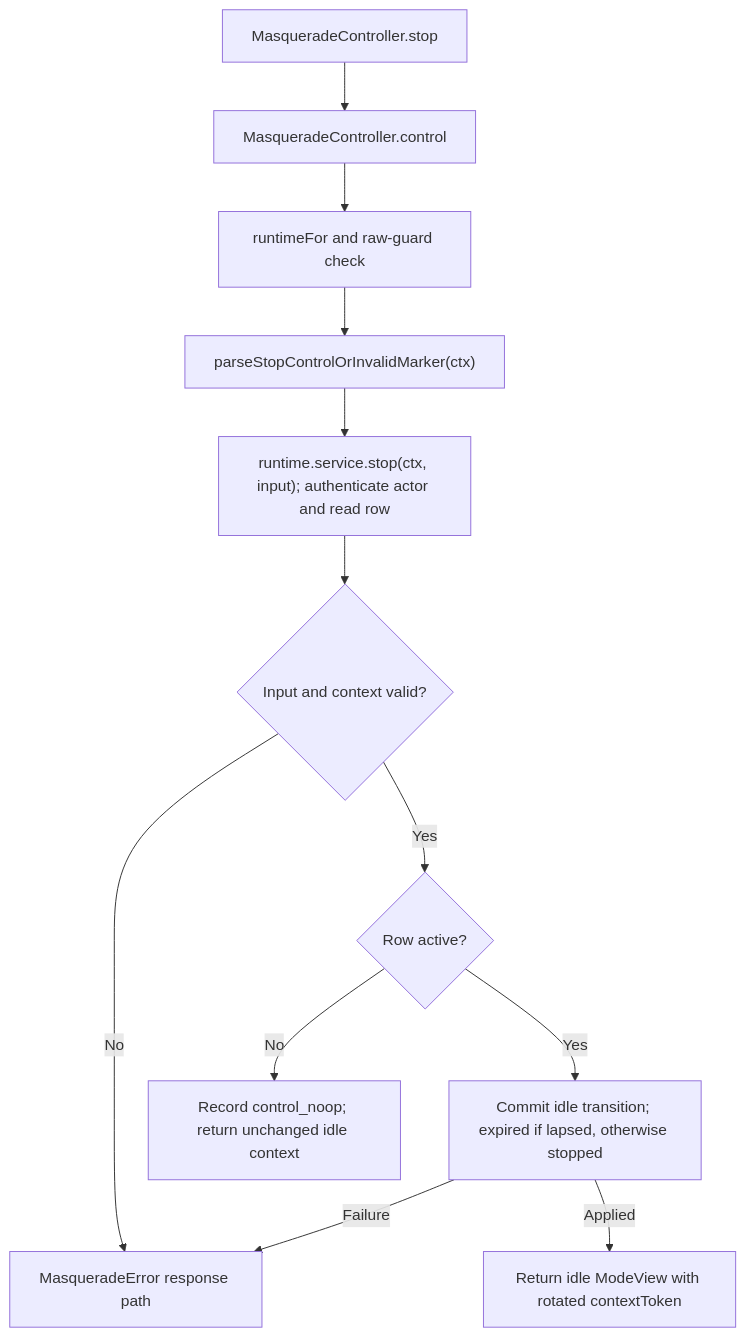
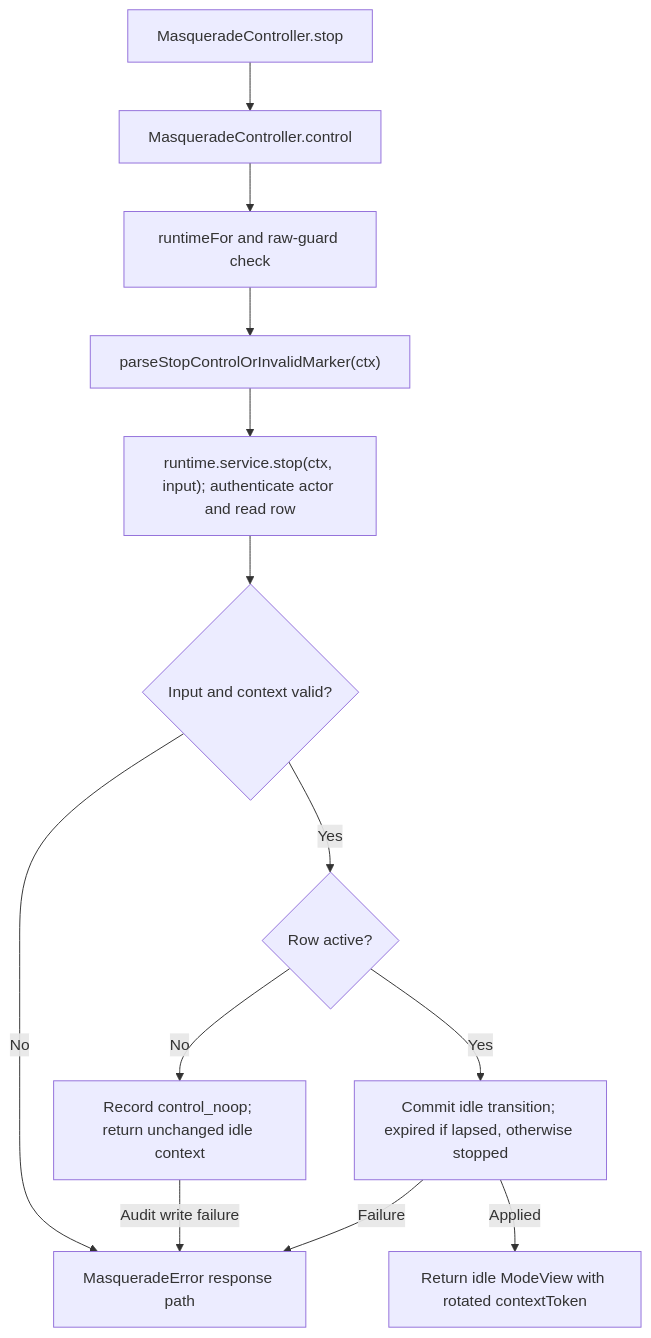
One commit to Kevinjohn/oss-adonisjs-masquerade changed the second of 2 diagrams in user-stories/start-stop-mode/us-actor-04-stop-mode.md. Above: the diagram before and after it, drawn with Mermaid. The commit also changed 20 other files, not shown here.

````diff
--- a/user-stories/start-stop-mode/us-actor-04-stop-mode.md
+++ b/user-stories/start-stop-mode/us-actor-04-stop-mode.md
@@ -41,14 +41,15 @@
 ```mermaid
 flowchart TD
     A["MasqueradeController.stop"] --> B["MasqueradeController.control"]
     B --> C["runtimeFor and raw-guard check"]
     C --> D["parseStopControlOrInvalidMarker(ctx)"]
     D --> E["runtime.service.stop(ctx, input); authenticate actor and read row"]
     E --> F{"Input and context valid?"}
     F -->|No| H["MasqueradeError response path"]
     F -->|Yes| Q{"Row active?"}
     Q -->|No| K["Record control_noop; return unchanged idle context"]
+    K -->|Audit write failure| H
     Q -->|Yes| G["Commit idle transition; expired if lapsed, otherwise stopped"]
     G -->|Failure| H
     G -->|Applied| I["Return idle ModeView with rotated contextToken"]
 ```
````
